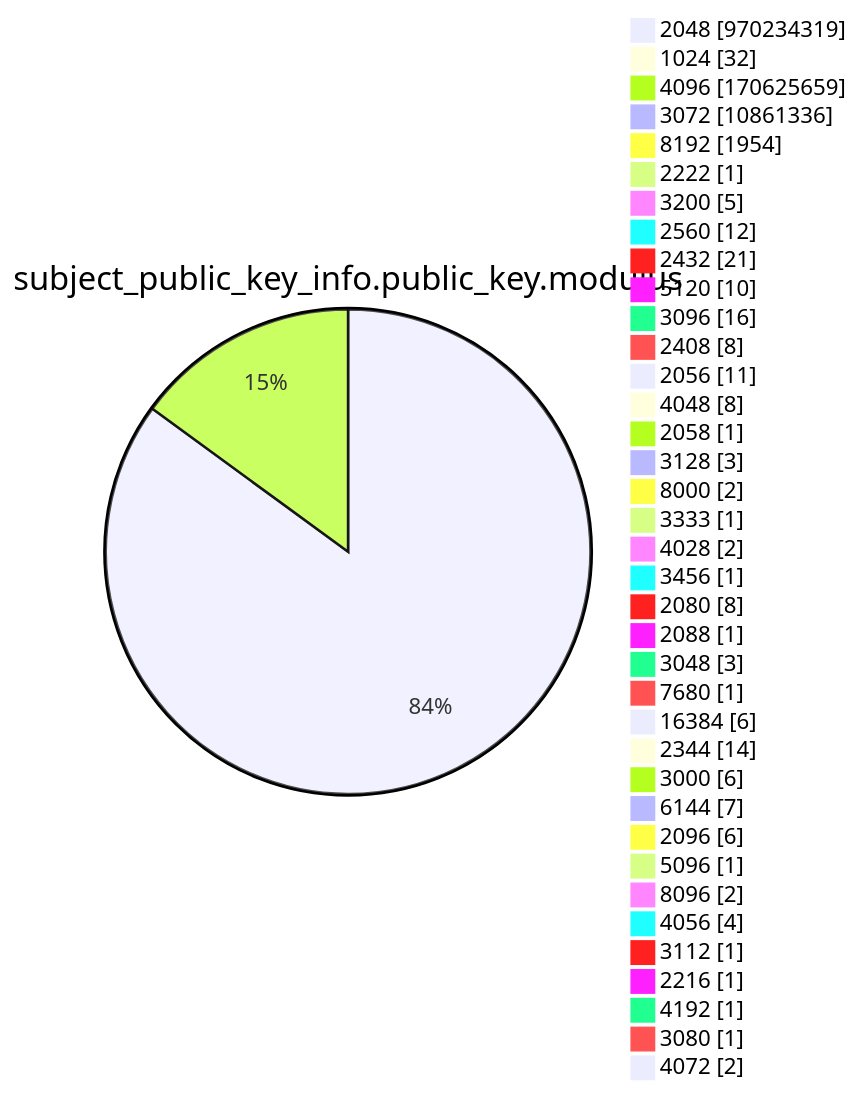
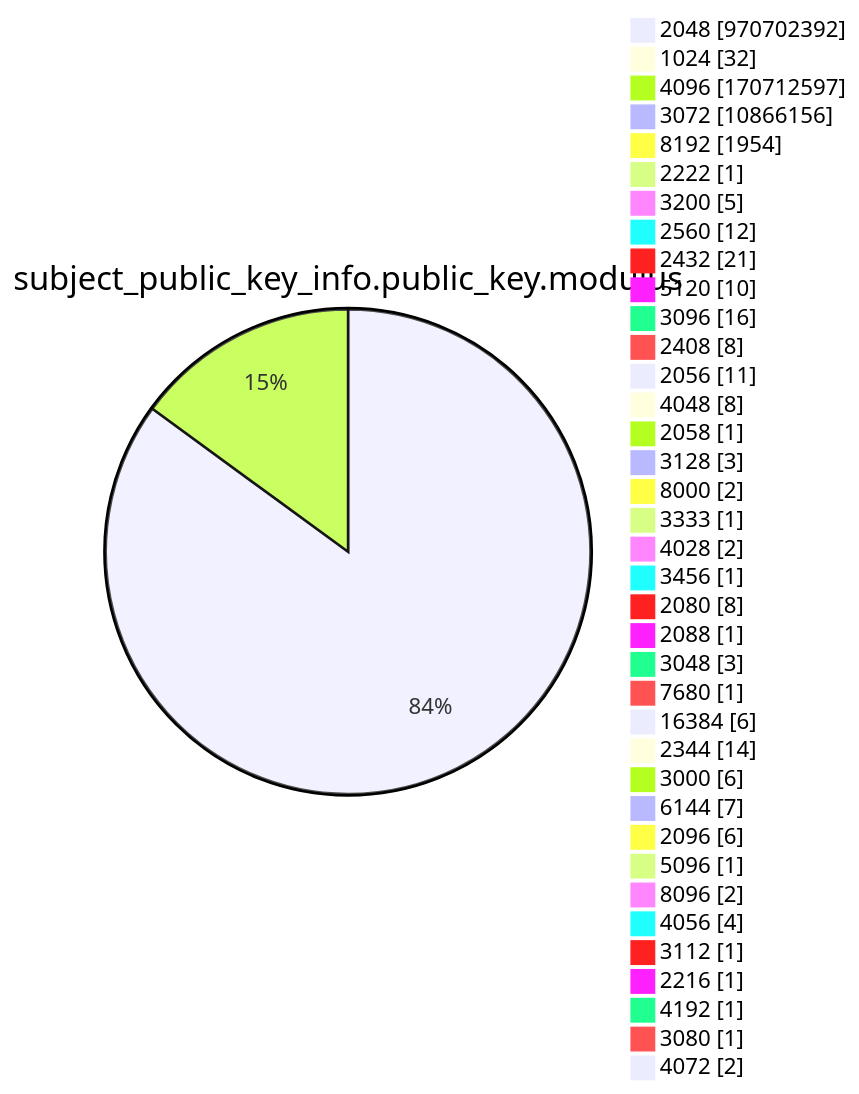
One commit to christiankrug/ctmonitor_visualization changed diagram 13 of 15 in argon2022/README.md. Above: the diagram before and after it, drawn with Mermaid. The commit also changed other lines of this file, not shown here.

````diff
--- a/argon2022/README.md
+++ b/argon2022/README.md
@@ -3587,41 +3587,41 @@
 ```mermaid
 pie showData
 title subject_public_key_info.public_key.modulus
-"2048" :970234319
+"2048" :970702392
 "1024" :32
-"4096" :170625659
-"3072" :10861336
+"4096" :170712597
+"3072" :10866156
 "8192" :1954
 "2222" :1
 "3200" :5
 "2560" :12
 "2432" :21
 "5120" :10
 "3096" :16
 "2408" :8
 "2056" :11
 "4048" :8
 "2058" :1
 "3128" :3
 "8000" :2
 "3333" :1
 "4028" :2
 "3456" :1
 "2080" :8
 "2088" :1
 "3048" :3
 "7680" :1
 "16384" :6
 "2344" :14
 "3000" :6
 "6144" :7
 "2096" :6
 "5096" :1
 "8096" :2
 "4056" :4
 "3112" :1
 "2216" :1
 "4192" :1
 "3080" :1
 "4072" :2
 ```
````
